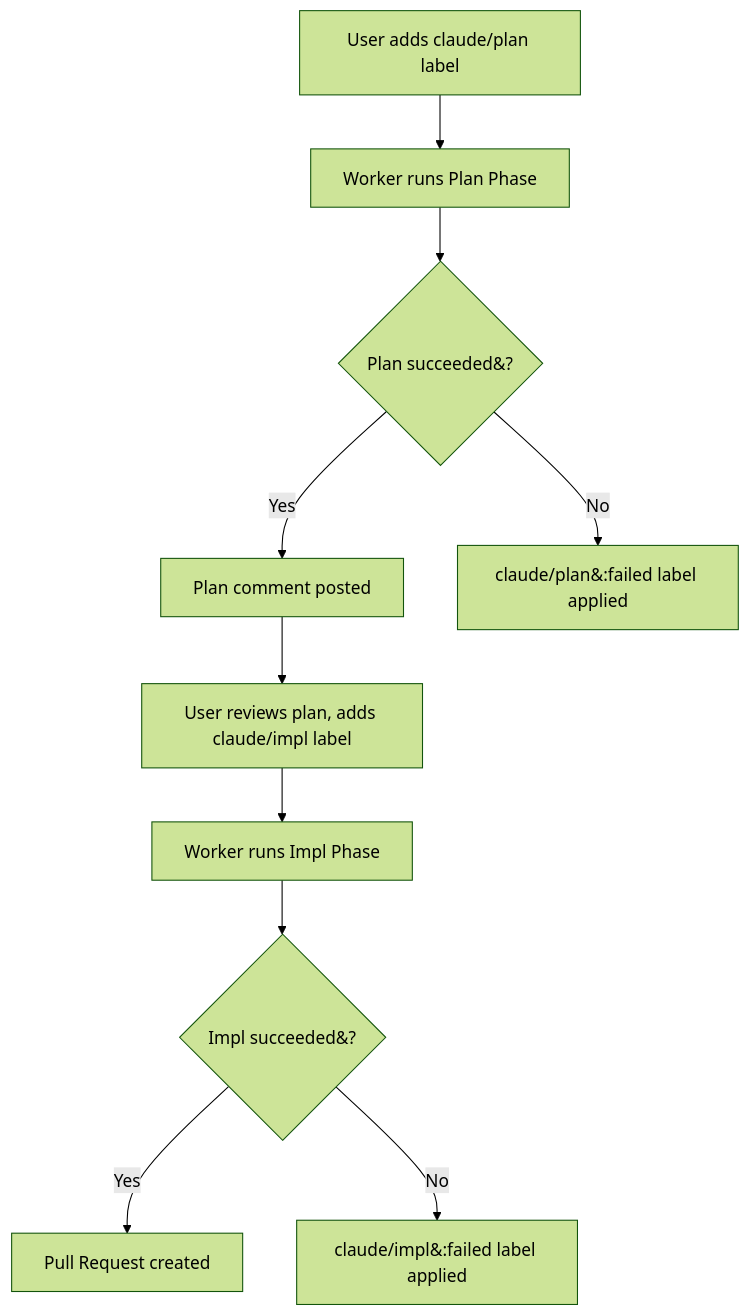
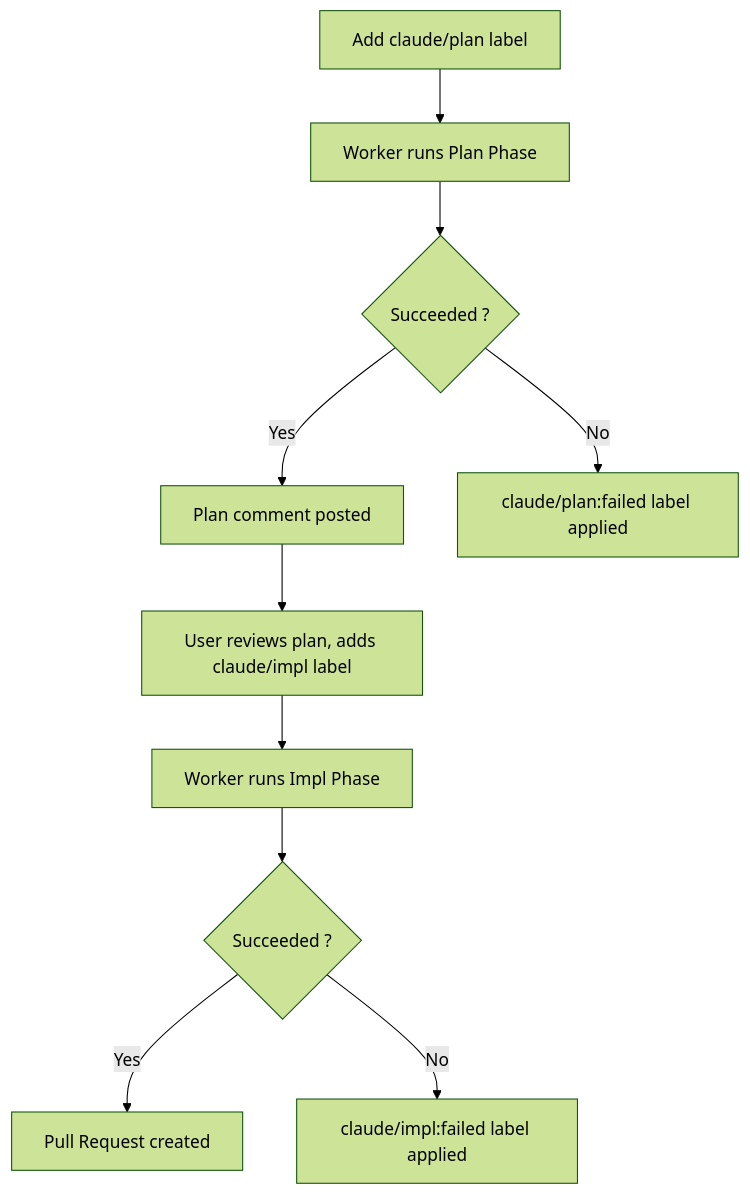
The first of 2 diagrams in README.md (nonz250/sabori-flow), drawn with Mermaid (forest theme) before and after one commit. The commit also changed other lines of this file and 1 other file, not shown here.

First line of the commit message:
fix(readme): use mermaid native escaping for special characters

````diff
--- a/README.md
+++ b/README.md
@@ -138,12 +138,12 @@
 ```mermaid
 flowchart TD
-    A["User adds claude/plan label"] --> B["Worker runs Plan Phase"]
-    B --> C{Plan succeeded&#63;}
+    A["Add claude/plan label"] --> B["Worker runs Plan Phase"]
+    B --> C{"Succeeded #quest;"}
     C -- Yes --> D["Plan comment posted"]
-    C -- No --> E["claude/plan&#58;failed label applied"]
+    C -- No --> E["claude/plan#colon;failed label applied"]
     D --> F["User reviews plan, adds claude/impl label"]
     F --> G["Worker runs Impl Phase"]
-    G --> H{Impl succeeded&#63;}
+    G --> H{"Succeeded #quest;"}
     H -- Yes --> I["Pull Request created"]
-    H -- No --> J["claude/impl&#58;failed label applied"]
+    H -- No --> J["claude/impl#colon;failed label applied"]
 ```
````
